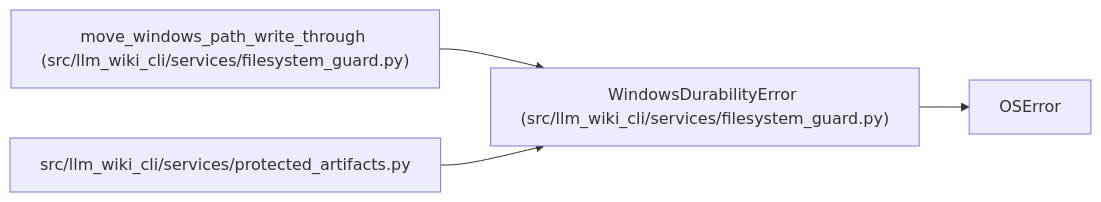
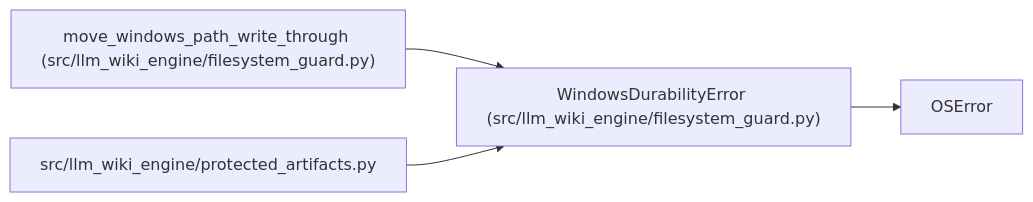
The diagram in docs/llm_wiki/entities/WindowsDurabilityError.md (Denissvgn/python-wiki-llm), drawn with Mermaid before and after one commit. The commit also changed other lines of this file and 739 other files, not shown here.

First line of the commit message:
docs: refresh the wiki for the second engine batch

````diff
--- a/docs/llm_wiki/entities/WindowsDurabilityError.md
+++ b/docs/llm_wiki/entities/WindowsDurabilityError.md
@@ -23,13 +23,13 @@
 ```mermaid
 flowchart LR
-    n0["WindowsDurabilityError (src/llm_wiki_cli/services/filesystem_guard.py)"]
+    n0["WindowsDurabilityError (src/llm_wiki_engine/filesystem_guard.py)"]
     n1["OSError"]
-    n2["move_windows_path_write_through (src/llm_wiki_cli/services/filesystem_guard.py)"]
-    n3["src/llm_wiki_cli/services/protected_artifacts.py"]
+    n2["move_windows_path_write_through (src/llm_wiki_engine/filesystem_guard.py)"]
+    n3["src/llm_wiki_engine/protected_artifacts.py"]
     n0 --> n1
     n2 --> n0
     n3 --> n0
     click n0 "../modules/filesystem_guard.md"
     click n2 "../modules/filesystem_guard.md"
     click n3 "../modules/protected_artifacts.md"
 ```
````
